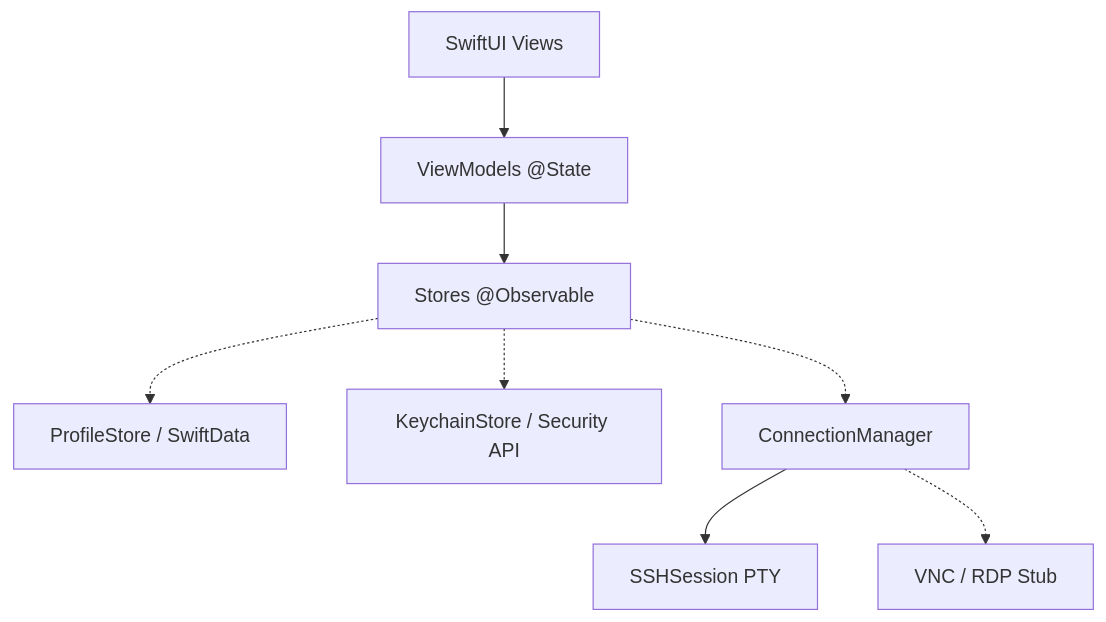
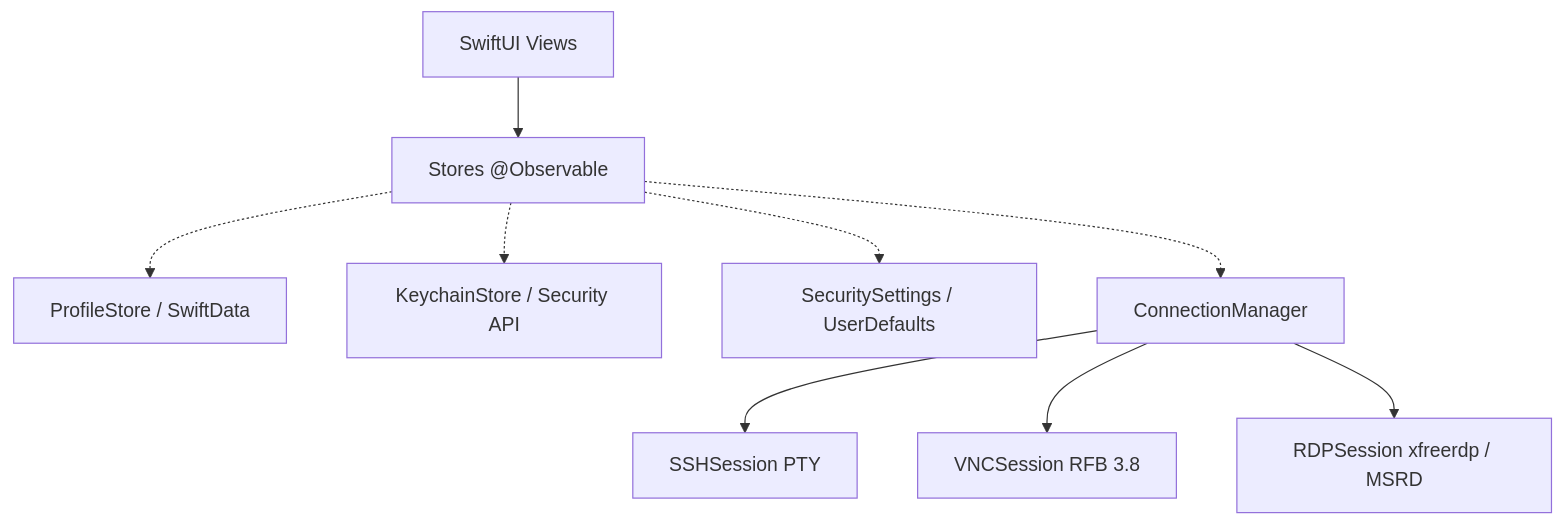
The diagram in README.md (Stormbringer-v1/remmina-mac), drawn with Mermaid before and after one commit. The commit also changed other lines of this file and 46 other files, not shown here.

````diff
--- a/README.md
+++ b/README.md
@@ -89,10 +92,11 @@
 ```mermaid
 graph TD
-    UI[SwiftUI Views] --> VM[ViewModels @State]
-    VM --> ST[Stores @Observable]
+    UI[SwiftUI Views] --> ST[Stores @Observable]
     ST -.-> PS[ProfileStore / SwiftData]
     ST -.-> KS[KeychainStore / Security API]
+    ST -.-> SS[SecuritySettings / UserDefaults]
     ST -.-> CM[ConnectionManager]
     CM --> SSH[SSHSession PTY]
-    CM -.-> VNC[VNC / RDP Stub]
+    CM --> VNC[VNCSession RFB 3.8]
+    CM --> RDP[RDPSession xfreerdp / MSRD]
 ```
````
